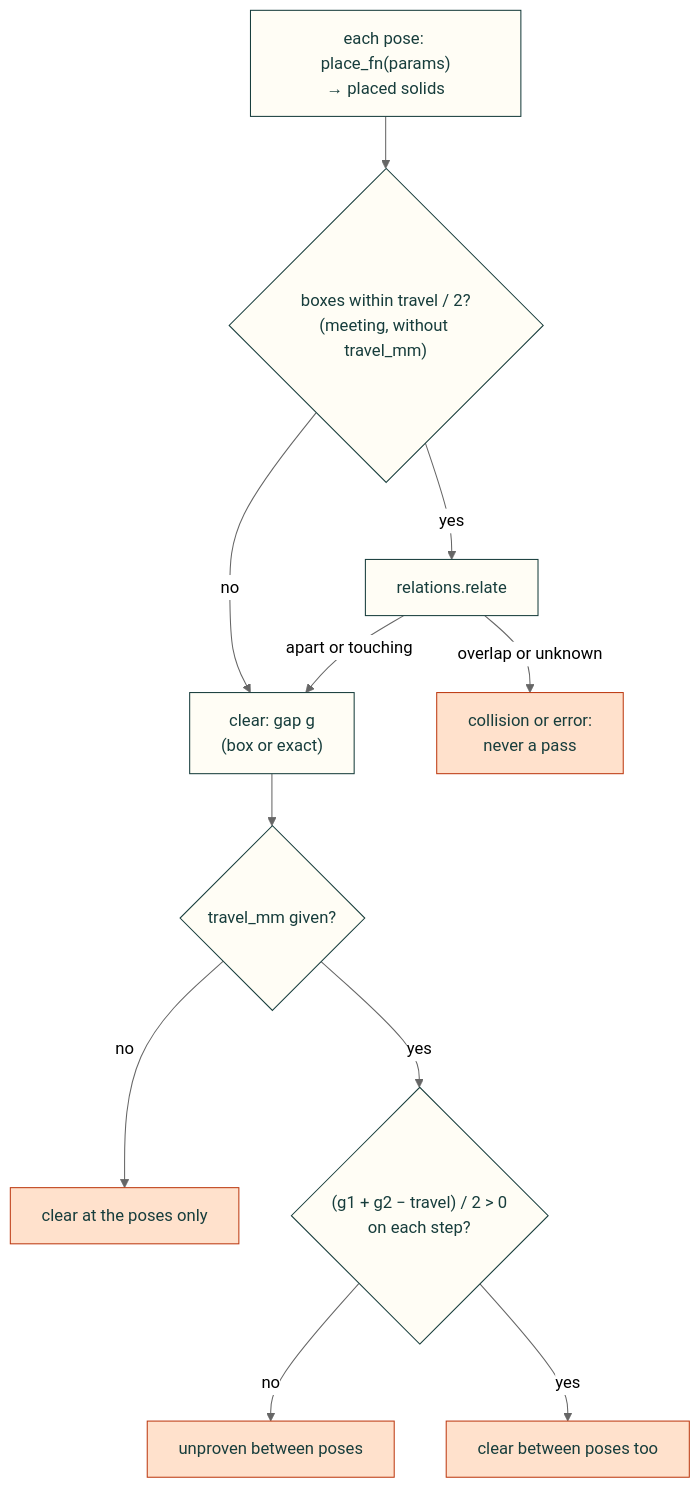
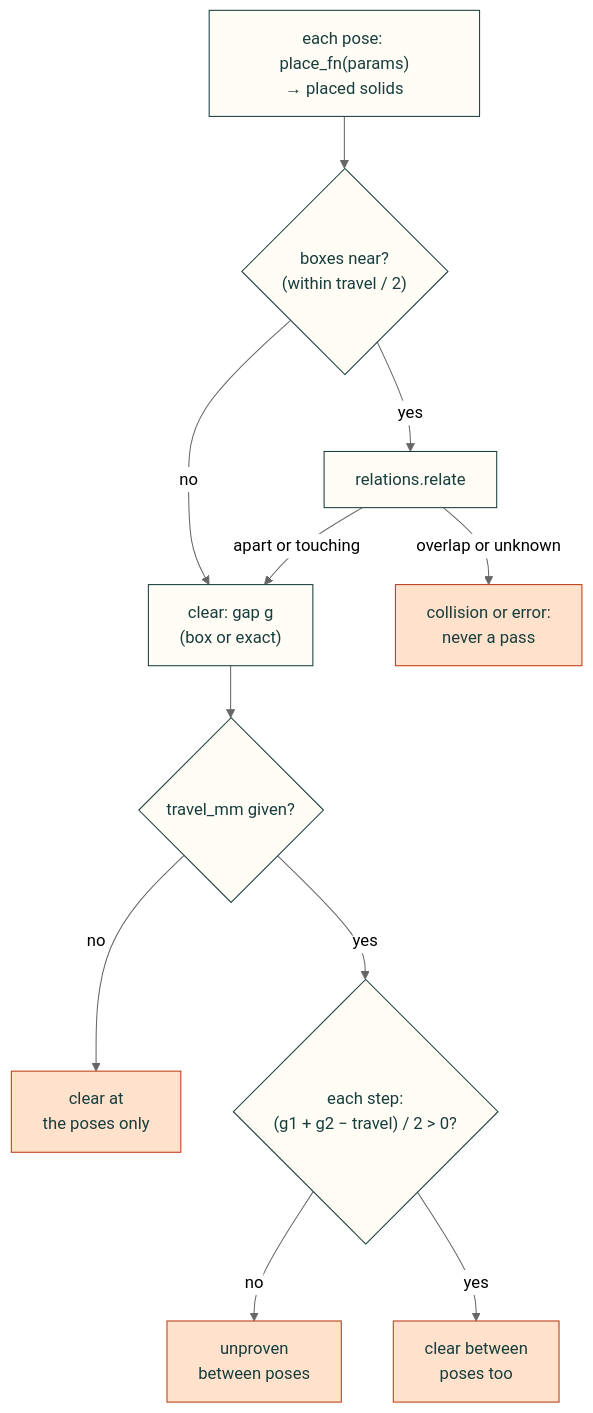
One commit to Valpatel/cad-agent changed the seventh of 9 diagrams in docs/toolkit.md. Above: the diagram before and after it, drawn with Mermaid (neutral theme).

Commit message:
docs: shorten the clearance diagram's labels to fit the column
The between-poses branch made the diagram 671 px wide in a 658 px column.

````diff
--- a/docs/toolkit.md
+++ b/docs/toolkit.md
@@ -610,17 +610,17 @@
 ```mermaid
 flowchart TD
-    P["each pose: place_fn(params)<br/>→ placed solids"] --> B{"boxes within travel / 2?<br/>(meeting, without travel_mm)"}
+    P["each pose: place_fn(params)<br/>→ placed solids"] --> B{"boxes near?<br/>(within travel / 2)"}
     B -->|"no"| G["clear: gap g<br/>(box or exact)"]
     B -->|"yes"| R["relations.relate"]
     R -->|"apart or touching"| G
     R -->|"overlap or unknown"| H["collision or error:<br/>never a pass"]
     G --> T{"travel_mm given?"}
-    T -->|"no"| S["clear at the poses only"]
-    T -->|"yes"| T2{"(g1 + g2 − travel) / 2 > 0<br/>on each step?"}
-    T2 -->|"no"| U["unproven between poses"]
-    T2 -->|"yes"| OK["clear between poses too"]
+    T -->|"no"| S["clear at<br/>the poses only"]
+    T -->|"yes"| T2{"each step:<br/>(g1 + g2 − travel) / 2 > 0?"}
+    T2 -->|"no"| U["unproven<br/>between poses"]
+    T2 -->|"yes"| OK["clear between<br/>poses too"]
     classDef here fill:#fffdf5,stroke:#173d3c,color:#173d3c
     classDef out fill:#ffe1cc,stroke:#bd3a12,color:#173d3c
     class P,B,R,G,T,T2 here
     class H,S,U,OK out
 ```
````
